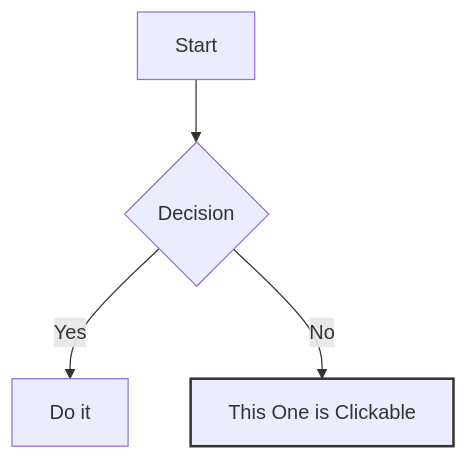
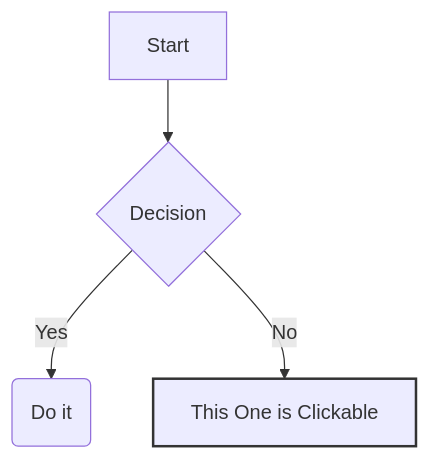
One commit to BestPrep/Docs changed the diagram in content/add_page.md. Above: the diagram before and after it, drawn with Mermaid. The commit also changed other lines of this file and 2 other files, not shown here.

```diff
--- a/content/add_page.md
+++ b/content/add_page.md
@@ -110,10 +110,10 @@
 <div class="mermaid">
 flowchart TD
   A[Start] --> B{Decision}
-  B -->|Yes| C[Do it]
+  B -->|Yes| C(Do it)
   B -->|No| X[This One is Clickable]
 
   class X click-step-X;
   classDef clickable stroke:#333,stroke-width:2px;
   class X clickable;
 </div>
```
